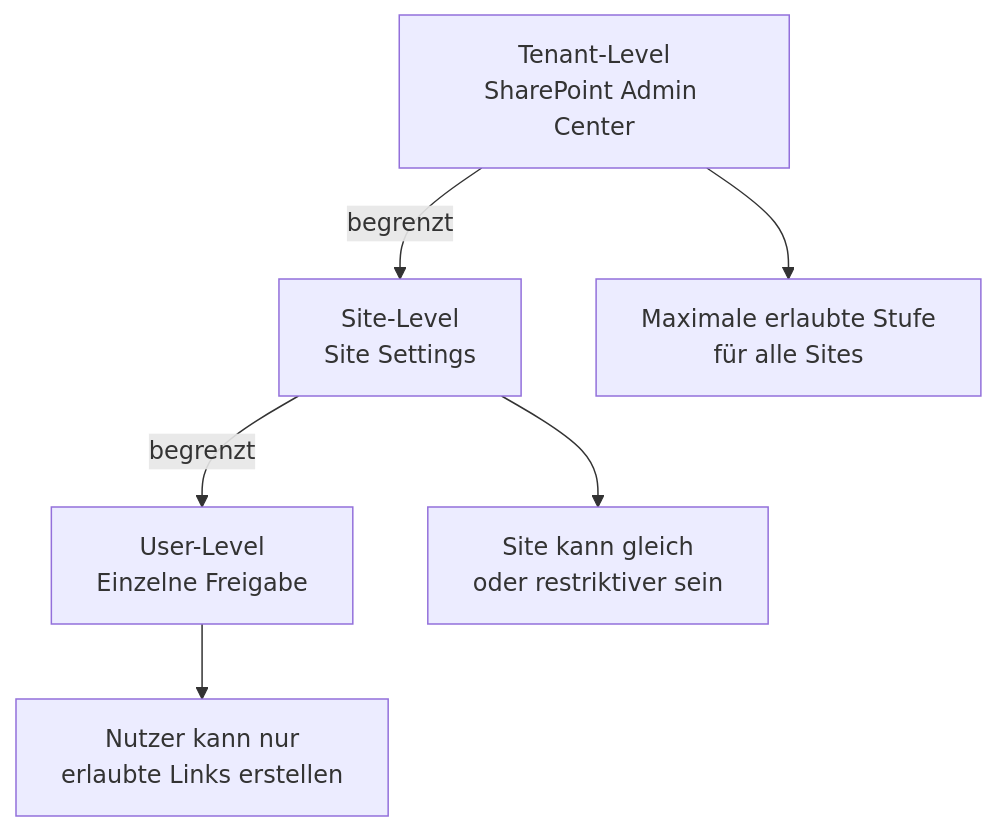
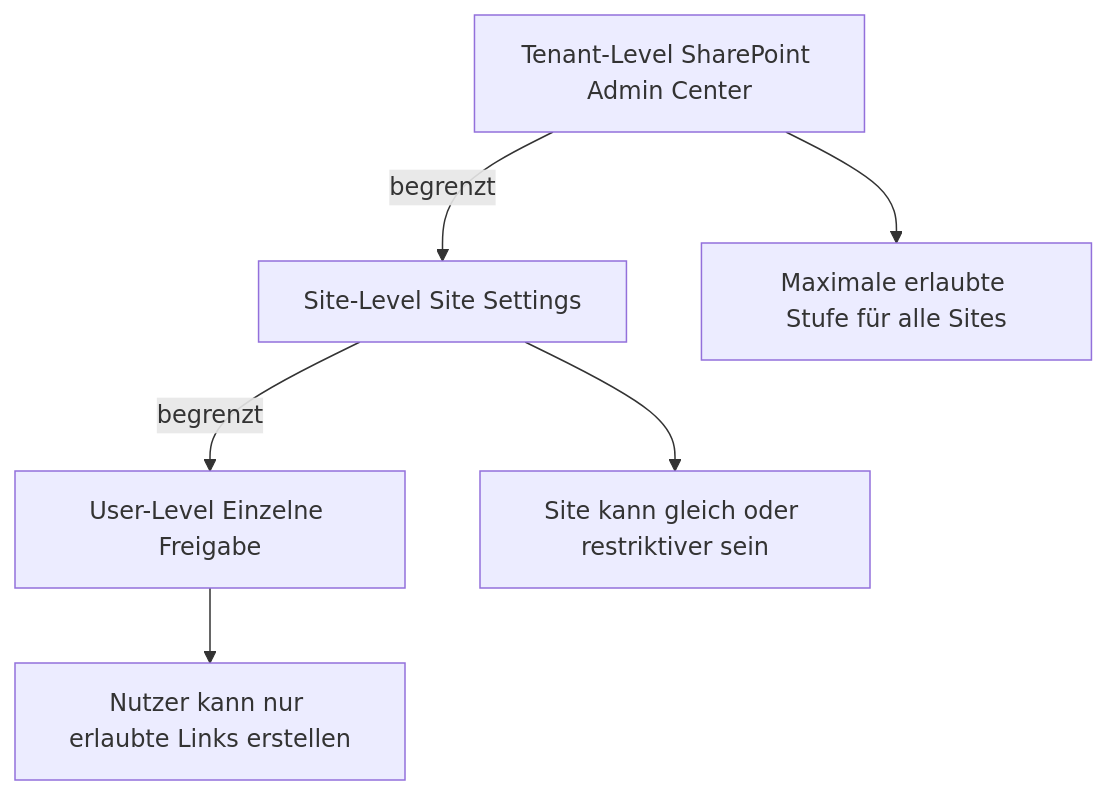
Before and after one commit to SoniiiT/notes-n-docs: the fifth of 9 diagrams in Microsoft 365/SharePoint OneDrive/Berechtigungen und Sharing.md, drawn with Mermaid. The commit also changed other lines of this file and 124 other files, not shown here.

First line of the commit message:
fix: Entferne \n aus allen Mermaid-Diagrammen (125 Dateien)

````diff
--- a/Microsoft 365/SharePoint OneDrive/Berechtigungen und Sharing.md
+++ b/Microsoft 365/SharePoint OneDrive/Berechtigungen und Sharing.md
@@ -359,9 +359,9 @@
 ```mermaid
 graph TD
-    TL[Tenant-Level\nSharePoint Admin Center] -->|begrenzt| SL[Site-Level\nSite Settings]
-    SL -->|begrenzt| UL[User-Level\nEinzelne Freigabe]
+    TL[Tenant-Level SharePoint Admin Center] -->|begrenzt| SL[Site-Level Site Settings]
+    SL -->|begrenzt| UL[User-Level Einzelne Freigabe]
 
-    TL --> TA[Maximale erlaubte Stufe\nfür alle Sites]
-    SL --> SA[Site kann gleich\noder restriktiver sein]
-    UL --> UA[Nutzer kann nur\nerlaubte Links erstellen]
+    TL --> TA[Maximale erlaubte Stufe für alle Sites]
+    SL --> SA[Site kann gleich oder restriktiver sein]
+    UL --> UA[Nutzer kann nur erlaubte Links erstellen]
 ```
````
